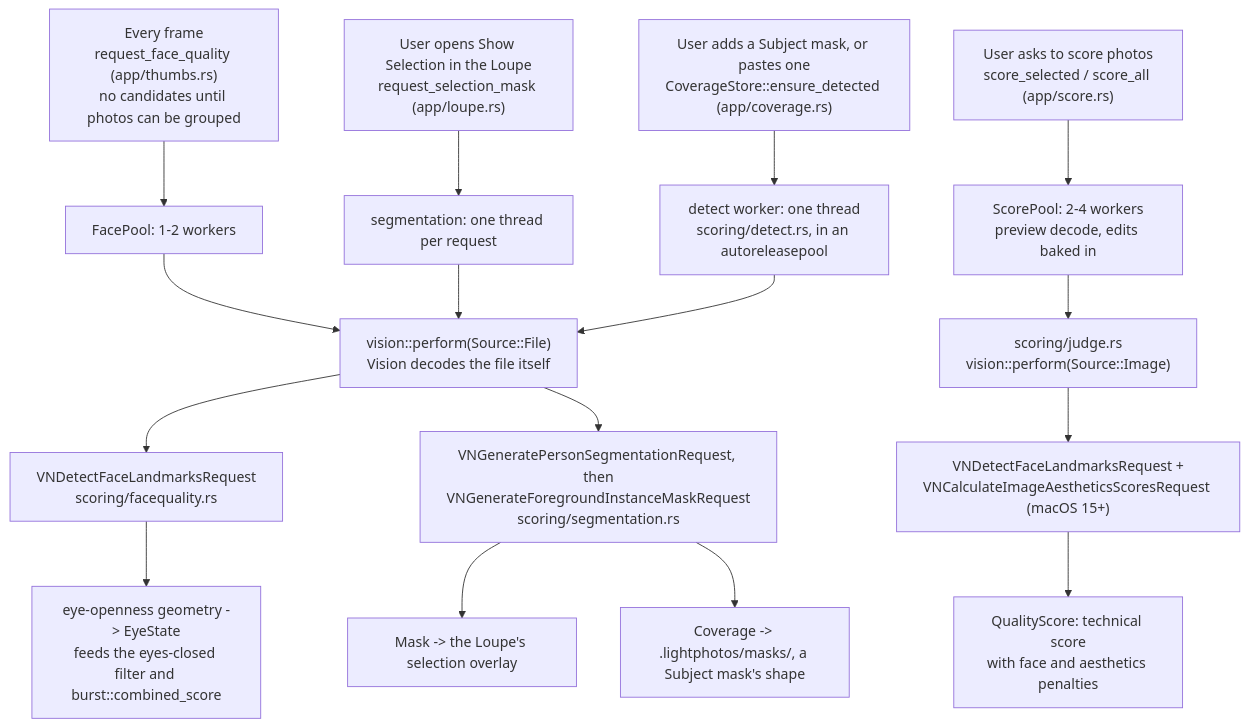
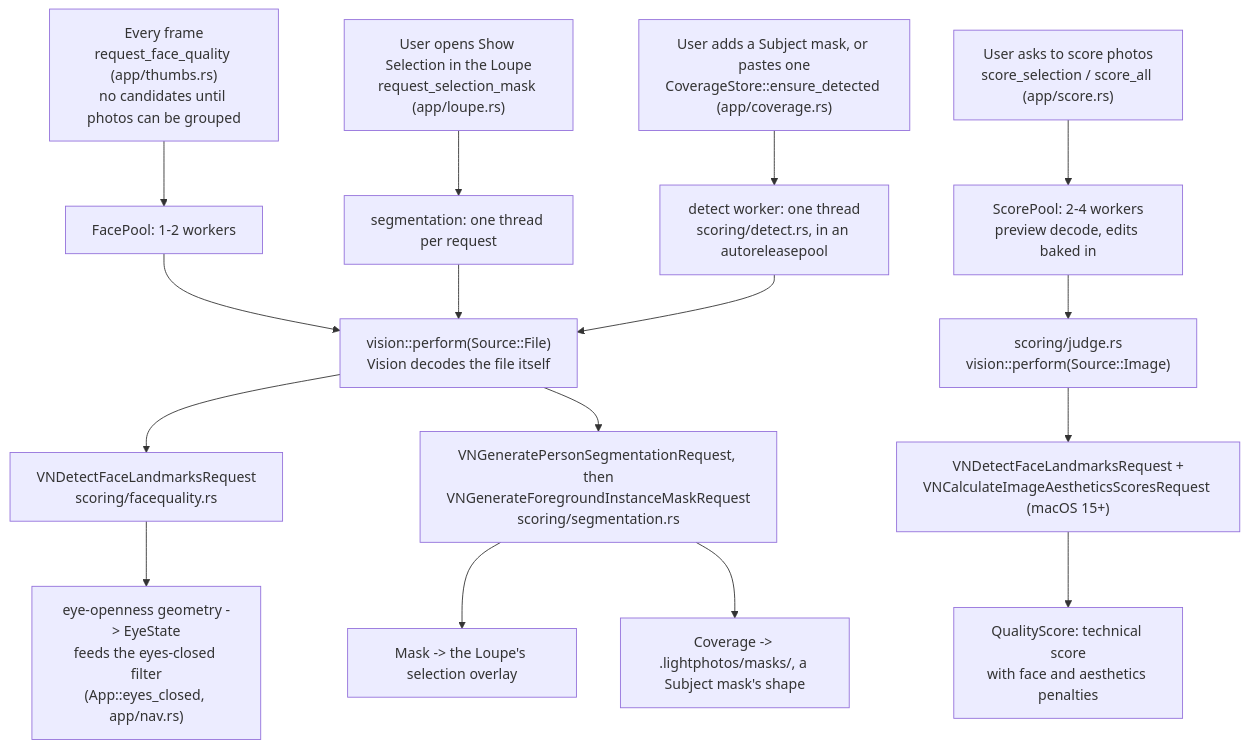
One commit to andrewyao/lightphotos changed the fourth of 4 diagrams in docs/ARCHITECTURE.md. Above: the diagram before and after it, drawn with Mermaid. The commit also changed other lines of this file and 2 other files, not shown here.

First line of the commit message:
docs: Fix stale references in the architecture docs

````diff
--- a/docs/ARCHITECTURE.md
+++ b/docs/ARCHITECTURE.md
@@ -398,22 +399,22 @@
 ```mermaid
 flowchart TD
     frame["Every frame\nrequest_face_quality (app/thumbs.rs)\nno candidates until photos can be grouped"]
     sel["User opens Show Selection in the Loupe\nrequest_selection_mask (app/loupe.rs)"]
     det["User adds a Subject mask, or pastes one\nCoverageStore::ensure_detected (app/coverage.rs)"]
-    score["User asks to score photos\nscore_selected / score_all (app/score.rs)"]
+    score["User asks to score photos\nscore_selection / score_all (app/score.rs)"]
     frame --> fpool["FacePool: 1-2 workers"]
     sel --> sthread["segmentation: one thread per request"]
     det --> dpool["detect worker: one thread\nscoring/detect.rs, in an autoreleasepool"]
     score --> spool["ScorePool: 2-4 workers\npreview decode, edits baked in"]
     fpool --> vfile["vision::perform(Source::File)\nVision decodes the file itself"]
     sthread --> vfile
     dpool --> vfile
     spool --> vimg["scoring/judge.rs\nvision::perform(Source::Image)"]
     vfile --> fl["VNDetectFaceLandmarksRequest\nscoring/facequality.rs"]
     vfile --> sg["VNGeneratePersonSegmentationRequest, then\nVNGenerateForegroundInstanceMaskRequest\nscoring/segmentation.rs"]
     vimg --> jq["VNDetectFaceLandmarksRequest +\nVNCalculateImageAestheticsScoresRequest (macOS 15+)"]
-    fl --> blink["eye-openness geometry -> EyeState\nfeeds the eyes-closed filter and burst::combined_score"]
+    fl --> blink["eye-openness geometry -> EyeState\nfeeds the eyes-closed filter\n(App::eyes_closed, app/nav.rs)"]
     sg --> mask["Mask -> the Loupe's selection overlay"]
     sg --> cov["Coverage -> .lightphotos/masks/, a Subject mask's shape"]
     jq --> qs["QualityScore: technical score\nwith face and aesthetics penalties"]
 ```
````
